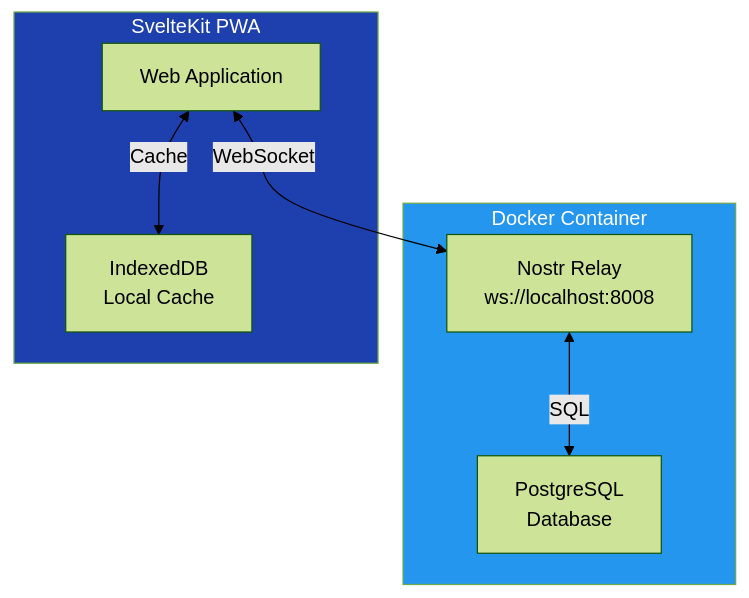
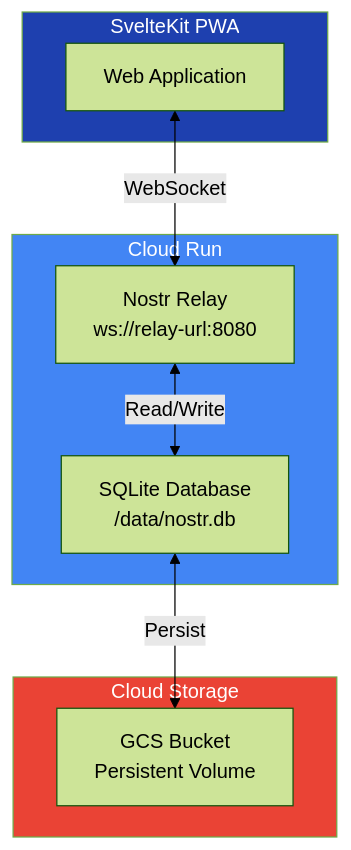
Before and after one commit to jjohare/fairfield-nostr: the diagram in services/nostr-relay/README.md, drawn with Mermaid (forest theme). The commit also changed other lines of this file and 11 other files, not shown here.

First line of the commit message:
Migrate Nostr relay from PostgreSQL to SQLite for Cloud Run deployment

````diff
--- a/services/nostr-relay/README.md
+++ b/services/nostr-relay/README.md
@@ -17,19 +17,23 @@
 ```mermaid
 graph TB
-    subgraph Docker["Docker Container"]
-        Relay["Nostr Relay<br/>ws://localhost:8008"]
-        PG["PostgreSQL<br/>Database"]
+    subgraph CloudRun["Cloud Run"]
+        Relay["Nostr Relay<br/>ws://relay-url:8080"]
+        SQLite["SQLite Database<br/>/data/nostr.db"]
+    end
+
+    subgraph Storage["Cloud Storage"]
+        GCS["GCS Bucket<br/>Persistent Volume"]
     end
 
     subgraph Frontend["SvelteKit PWA"]
         PWA["Web Application"]
-        IDB["IndexedDB<br/>Local Cache"]
     end
 
     PWA <-->|WebSocket| Relay
-    Relay <-->|SQL| PG
-    PWA <-->|Cache| IDB
+    Relay <-->|Read/Write| SQLite
+    SQLite <-->|Persist| GCS
 
-    style Docker fill:#2496ed,color:#fff
+    style CloudRun fill:#4285f4,color:#fff
+    style Storage fill:#ea4335,color:#fff
     style Frontend fill:#1e40af,color:#fff
 ```
````
